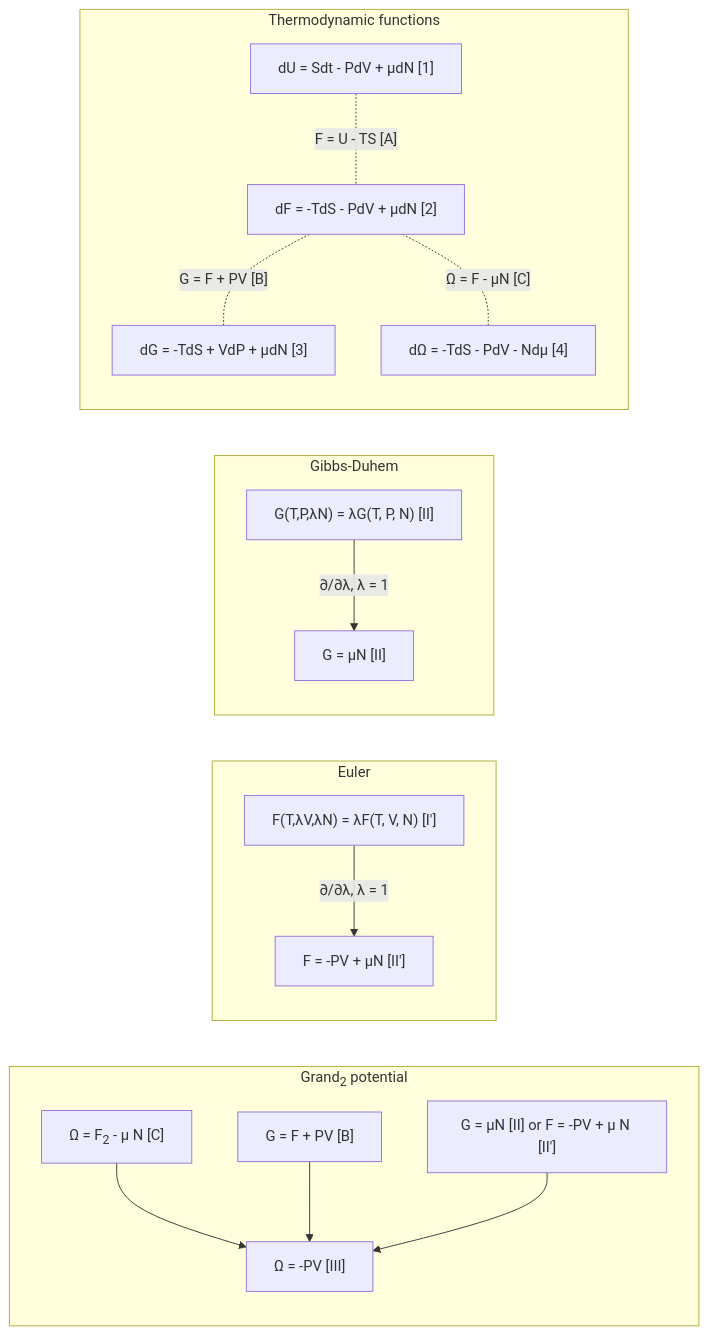
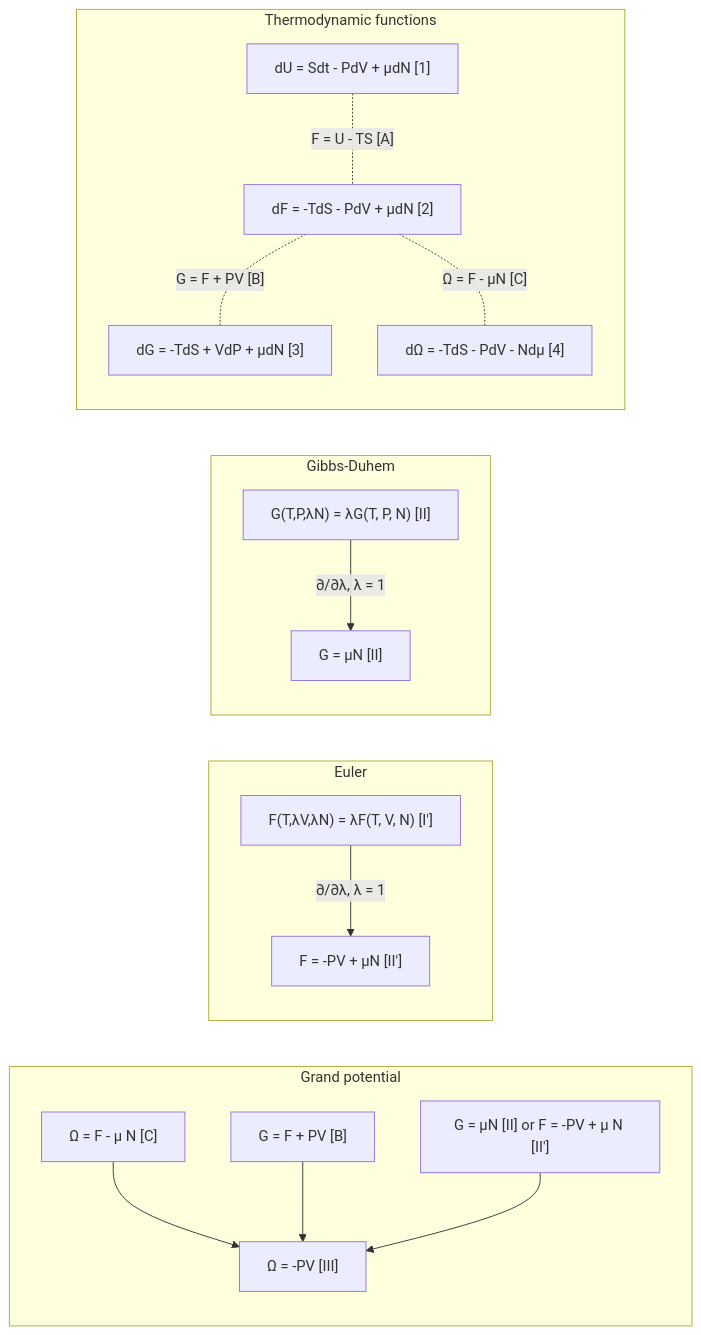
One commit to yamato97/science changed the diagram in grand_canonical.md. Above: the diagram before and after it, drawn with Mermaid.

````diff
--- a/grand_canonical.md
+++ b/grand_canonical.md
@@ -9,19 +9,19 @@
 ```mermaid
 graph LR
-subgraph "Grand<sub>2</sub> potential"
-EC["&Omega; = F<sub>2</sub> - &mu; N [C]"]-->EIII["&Omega; = -PV [III]"]
+subgraph "Grand potential"
+EC["&Omega; = F - &mu; N [C]"]-->EIII["&Omega; = -PV [III]"]
 EB["G = F + PV [B]"]-->EIII
 EIIdash["G = &mu;N [II] or F = -PV + &mu; N [II']"]-->EIII
 end
 subgraph Euler
 EI'["F(T,&lambda;V,&lambda;N) = &lambda;F(T, V, N) [I']"]-->|"&part;/&part;&lambda;, &lambda; = 1"|EII'["F = -PV + &mu;N [II']"]
 end
 subgraph Gibbs-Duhem
 EI["G(T,P,&lambda;N) = &lambda;G(T, P, N) [II]"]-->|"&part;/&part;&lambda;, &lambda; = 1"|EII["G = &mu;N [II]"]
 end
 subgraph Thermodynamic functions
 E1["dU = Sdt - PdV + &mu;dN [1]"]-.-|"F = U - TS [A]"|E2["dF = -TdS - PdV + &mu;dN [2]"]
 E2-.-|"G = F + PV [B]"|E3["dG = -TdS + VdP + &mu;dN [3]"]
 E2-.-|"&Omega; = F - &mu;N [C]"|E4["d&Omega; = -TdS - PdV - Nd&mu; [4]"]
 end
 ```
````
